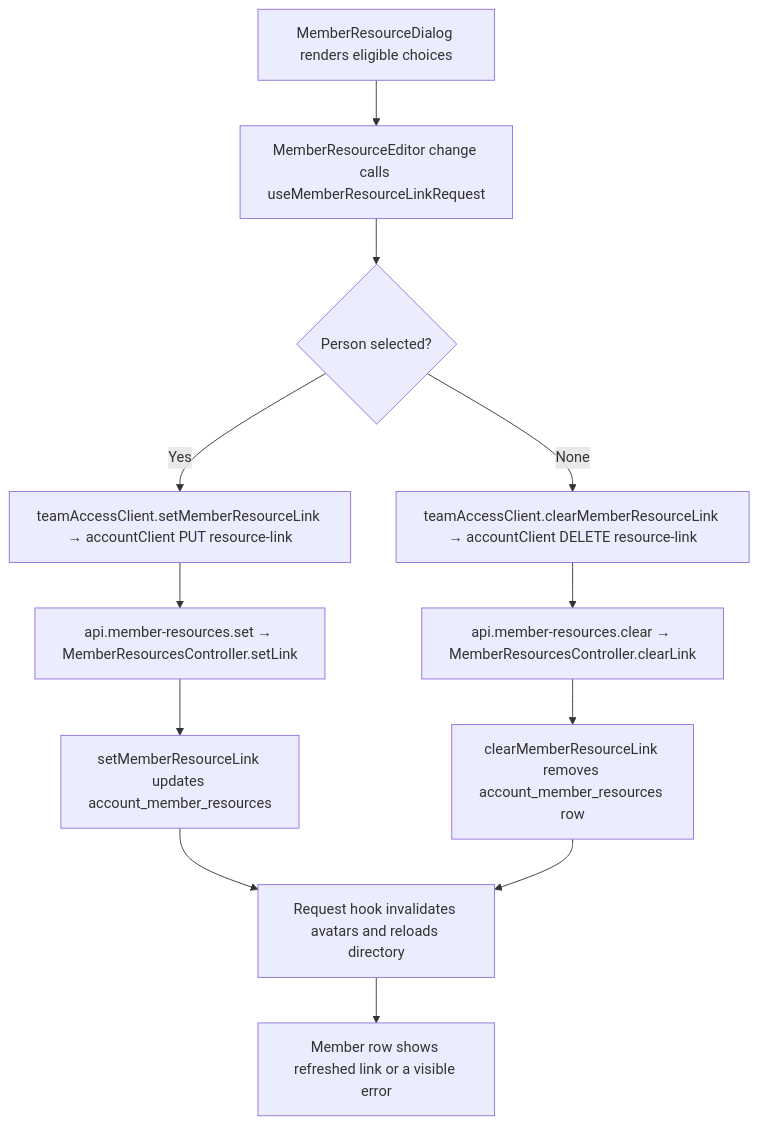
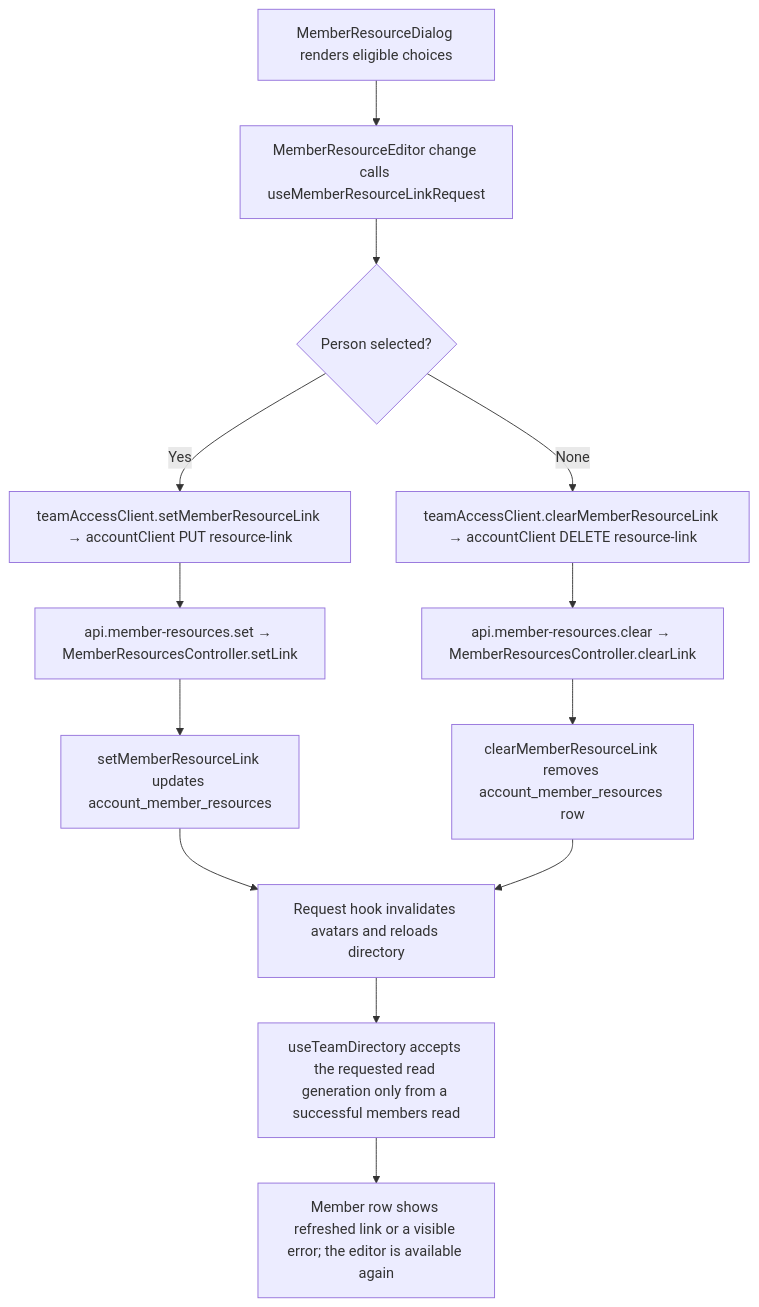
Before and after one commit to Kevinjohn/capacitylens: the second of 2 diagrams in user-stories/team/US-TEAM-07-link-resource.md, drawn with Mermaid. The commit also changed other lines of this file and 10 other files, not shown here.

First line of the commit message:
Keep a member's resource link pending until a fresh directory read

````diff
--- a/user-stories/team/US-TEAM-07-link-resource.md
+++ b/user-stories/team/US-TEAM-07-link-resource.md
@@ -33,14 +34,15 @@
 ```mermaid
 flowchart TD
     Dialog["MemberResourceDialog renders eligible choices"] --> Select["MemberResourceEditor change calls useMemberResourceLinkRequest"]
     Select --> Choose{"Person selected?"}
     Choose -->|"Yes"| SetClient["teamAccessClient.setMemberResourceLink → accountClient PUT resource-link"]
     SetClient --> SetRoute["api.member-resources.set → MemberResourcesController.setLink"]
     SetRoute --> SetLink["setMemberResourceLink updates account_member_resources"]
     Choose -->|"None"| ClearClient["teamAccessClient.clearMemberResourceLink → accountClient DELETE resource-link"]
     ClearClient --> ClearRoute["api.member-resources.clear → MemberResourcesController.clearLink"]
     ClearRoute --> ClearLink["clearMemberResourceLink removes account_member_resources row"]
     SetLink --> Reload["Request hook invalidates avatars and reloads directory"]
     ClearLink --> Reload
-    Reload --> Row["Member row shows refreshed link or a visible error"]
+    Reload --> Fence["useTeamDirectory accepts the requested read generation only from a successful members read"]
+    Fence --> Row["Member row shows refreshed link or a visible error; the editor is available again"]
 ```
````
